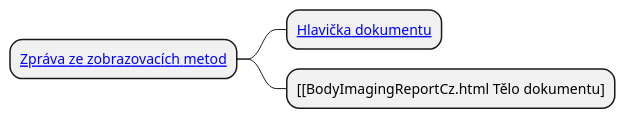
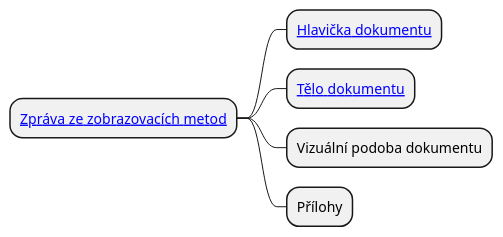
The diagram in input/images-source/imgReport_CIM-cs.plantuml (HL7-cz/img), drawn with PlantUML before and after one commit. The commit also changed 9 other files, not shown here.

```diff
--- a/input/images-source/imgReport_CIM-cs.plantuml
+++ b/input/images-source/imgReport_CIM-cs.plantuml
@@ -1,10 +1,12 @@
 @startmindmap
 skinparam topurl StructureDefinition-
 
 * [[ImagingReportCz.html Zpráva ze zobrazovacích metod]]
 ** [[HeaderImagingReportCz.html Hlavička dokumentu]]
-** [[BodyImagingReportCz.html Tělo dokumentu]
+** [[BodyImagingReportCz.html Tělo dokumentu]]
+** Vizuální podoba dokumentu
+** Přílohy
 '** Link to Related Report
 '** Media
 '** Dicom Metadata
 @endmindmap
```
